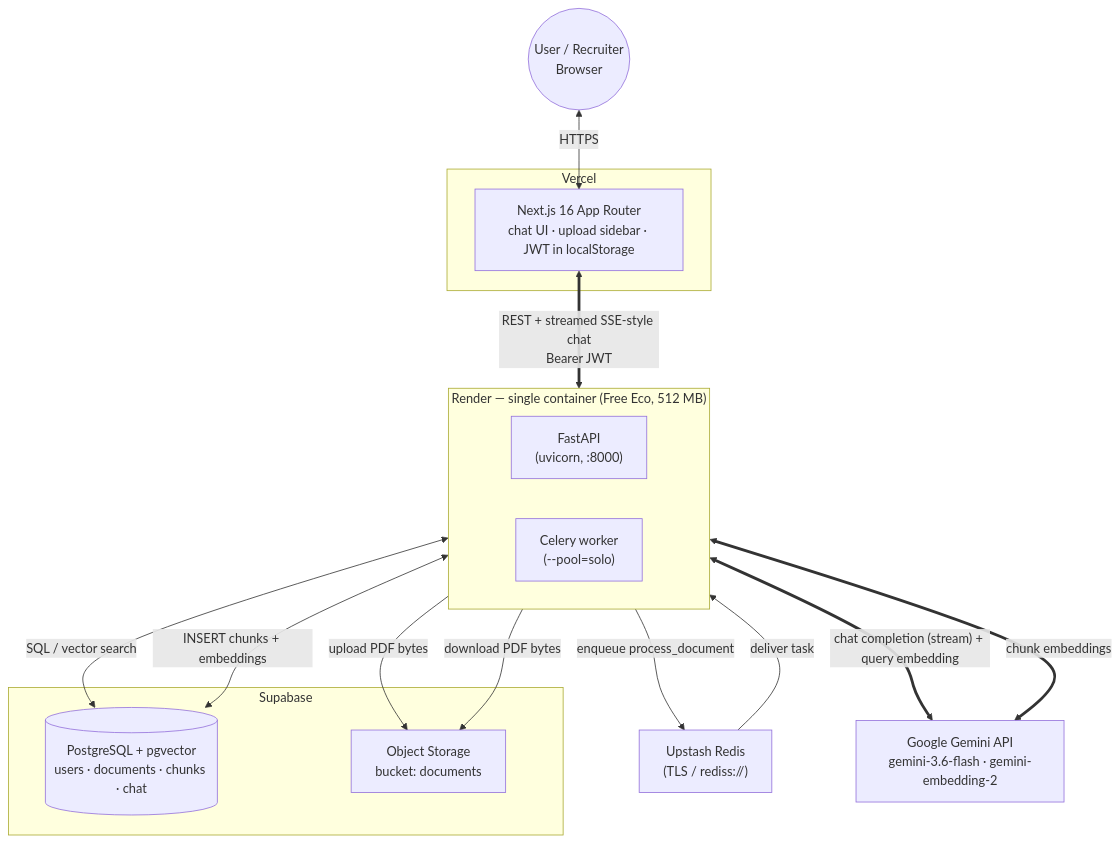
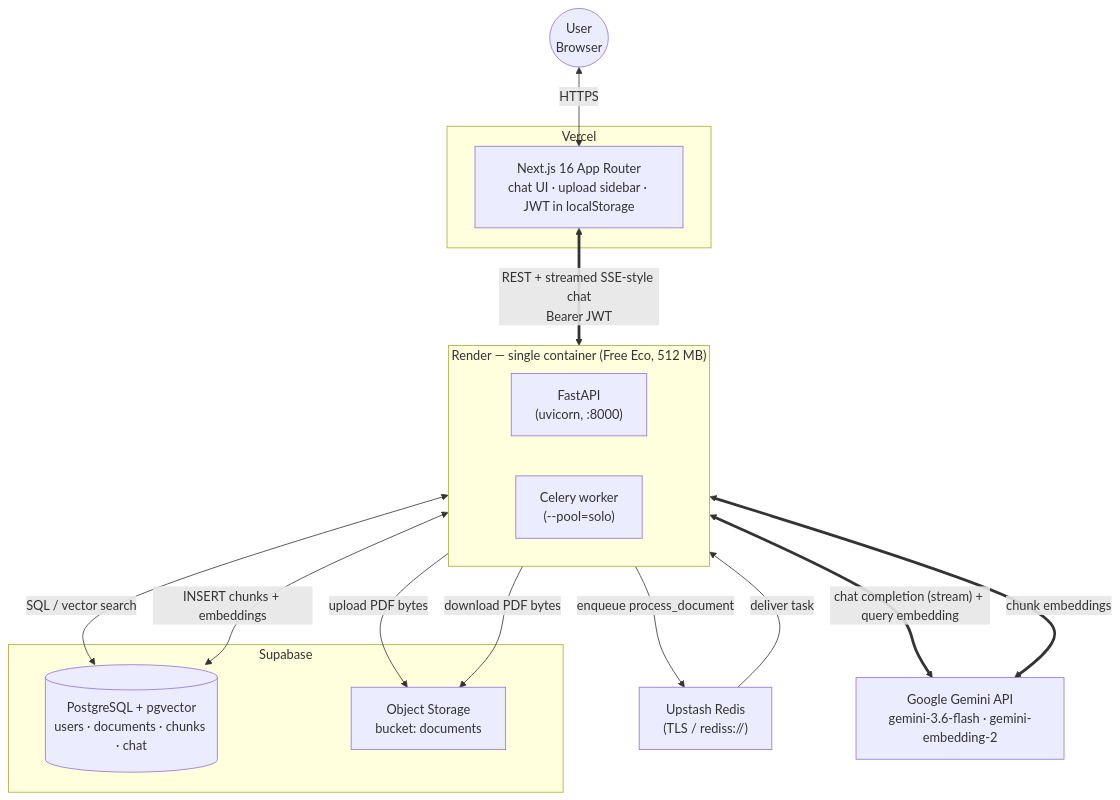
The diagram in README.md (AdityaKishore0698/DocuMind), drawn with Mermaid before and after one commit. The commit also changed other lines of this file, not shown here.

````diff
--- a/README.md
+++ b/README.md
@@ -25,37 +25,37 @@
 ```mermaid
 graph TD
-    User((User / Recruiter<br/>Browser))
+    User((User<br/>Browser))
 
     subgraph Vercel
         FE["Next.js 16 App Router<br/>chat UI · upload sidebar · JWT in localStorage"]
     end
 
     subgraph "Render — single container (Free Eco, 512 MB)"
         direction LR
         API["FastAPI<br/>(uvicorn, :8000)"]
         WORKER["Celery worker<br/>(--pool=solo)"]
     end
 
     subgraph Supabase
         PG[("PostgreSQL + pgvector<br/>users · documents · chunks · chat")]
         OBJ["Object Storage<br/>bucket: documents"]
     end
 
     REDIS["Upstash Redis<br/>(TLS / rediss://)"]
     GEMINI["Google Gemini API<br/>gemini-3.6-flash · gemini-embedding-2"]
 
     User <-->|HTTPS| FE
     FE <==>|"REST + streamed SSE-style chat<br/>Bearer JWT"| API
 
     API -->|"enqueue process_document"| REDIS
     REDIS -->|deliver task| WORKER
 
     API <-->|SQL / vector search| PG
     WORKER <-->|"INSERT chunks + embeddings"| PG
 
     API -->|"upload PDF bytes"| OBJ
     WORKER -->|"download PDF bytes"| OBJ
 
     API <==>|"chat completion (stream) + query embedding"| GEMINI
     WORKER <==>|"chunk embeddings"| GEMINI
 ```
````
